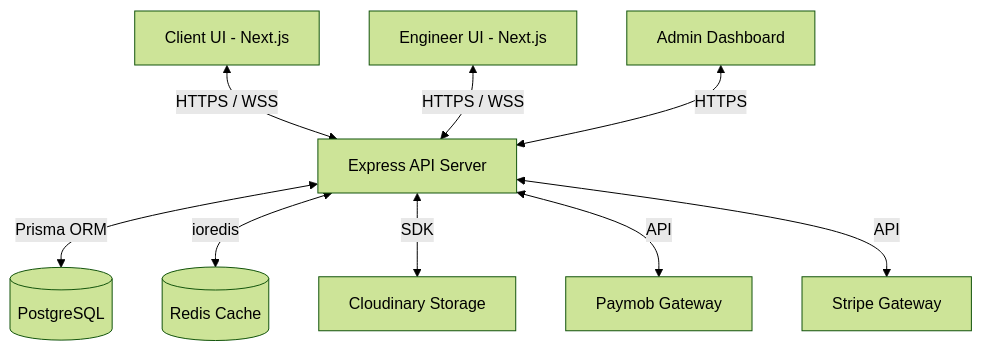
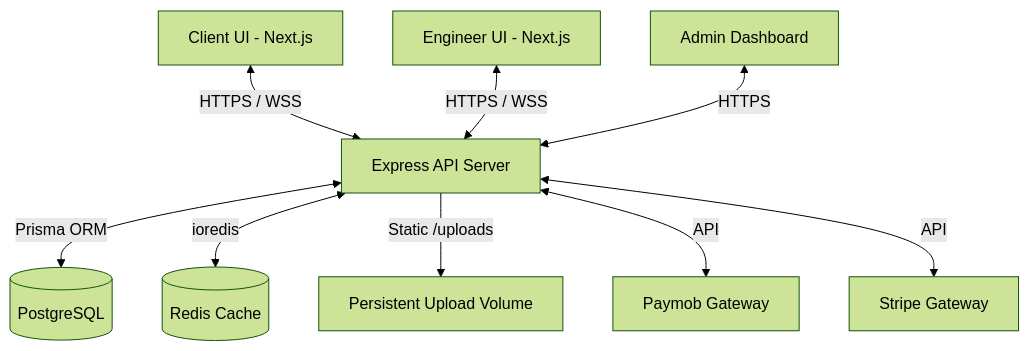
Before and after one commit to clinkaengineering-ops/CLINKA: the diagram in README.md, drawn with Mermaid (forest theme). The commit also changed other lines of this file and 35 other files, not shown here.

First line of the commit message:
Replace Cloudinary with local server storage and CDN-ready URLs.

````diff
--- a/README.md
+++ b/README.md
@@ -53,12 +53,12 @@
 ```mermaid
 graph TD
     Client[Client UI - Next.js] <--> |HTTPS / WSS| API[Express API Server]
     Engineer[Engineer UI - Next.js] <--> |HTTPS / WSS| API
     Admin[Admin Dashboard] <--> |HTTPS| API
     
     API <--> |Prisma ORM| DB[(PostgreSQL)]
     API <--> |ioredis| Redis[(Redis Cache)]
-    API <--> |SDK| Cloudinary[Cloudinary Storage]
+    API --> |Static /uploads| Uploads[Persistent Upload Volume]
     API <--> |API| Paymob[Paymob Gateway]
     API <--> |API| Stripe[Stripe Gateway]
 ```
````
